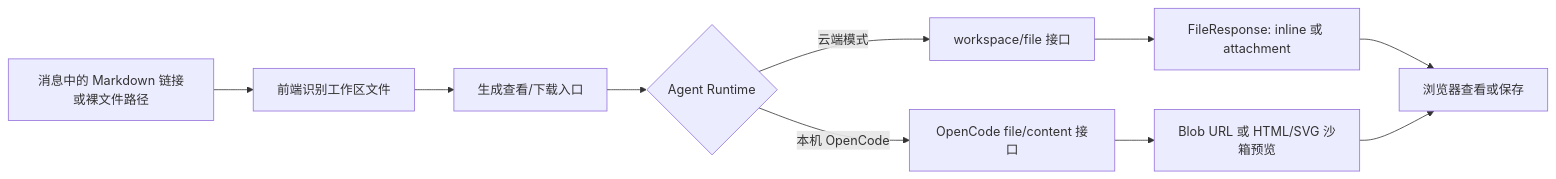
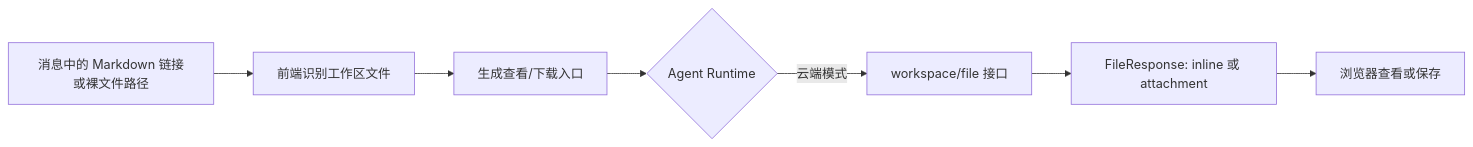
Before and after one commit to damaohongtu/eido-ai: the second of 3 diagrams in docs/frontend-message-rendering-and-browser-capture.md, drawn with Mermaid. The commit also changed other lines of this file and 188 other files, not shown here.

````diff
--- a/docs/frontend-message-rendering-and-browser-capture.md
+++ b/docs/frontend-message-rendering-and-browser-capture.md
@@ -174,12 +173,9 @@
 ```mermaid
 flowchart LR
     A["消息中的 Markdown 链接或裸文件路径"] --> B["前端识别工作区文件"]
     B --> C["生成查看/下载入口"]
     C --> D{"Agent Runtime"}
     D -- 云端模式 --> E["workspace/file 接口"]
-    D -- 本机 OpenCode --> F["OpenCode file/content 接口"]
     E --> G["FileResponse: inline 或 attachment"]
-    F --> H["Blob URL 或 HTML/SVG 沙箱预览"]
     G --> I["浏览器查看或保存"]
-    H --> I
 ```
````
